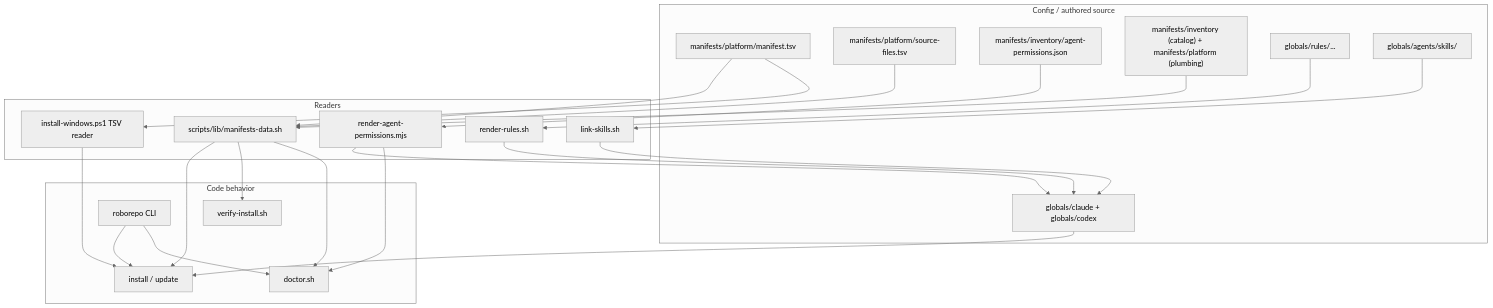
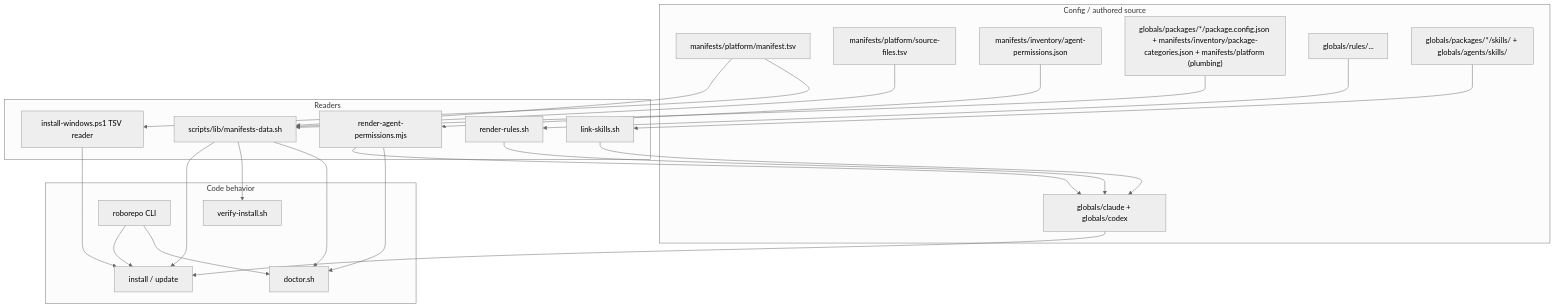
The first of 3 diagrams in docs/architecture/config-code-separation.md (kirinmurphy/harness_configs), drawn with Mermaid (neutral theme) before and after one commit. The commit also changed other lines of this file and 16 other files, not shown here.

````diff
--- a/docs/architecture/config-code-separation.md
+++ b/docs/architecture/config-code-separation.md
@@ -40,47 +40,47 @@
 ```mermaid
 flowchart TD
   subgraph data["Config / authored source"]
     manifest["manifests/platform/manifest.tsv"]
     sourceFiles["manifests/platform/source-files.tsv"]
     agentPerms["manifests/inventory/agent-permissions.json"]
-    catalogs["manifests/inventory (catalog) + manifests/platform (plumbing)"]
+    catalogs["globals/packages/*/package.config.json + manifests/inventory/package-categories.json + manifests/platform (plumbing)"]
     rules["globals/rules/..."]
-    skills["globals/agents/skills/"]
+    skills["globals/packages/*/skills/ + globals/agents/skills/"]
     baselines["globals/claude + globals/codex"]
   end
 
   subgraph readers["Readers"]
     bashReader["scripts/lib/manifests-data.sh"]
     psReader["install-windows.ps1 TSV reader"]
     permissionRenderer["render-agent-permissions.mjs"]
     rulesRenderer["render-rules.sh"]
     skillLinker["link-skills.sh"]
   end
 
   subgraph behavior["Code behavior"]
     install["install / update"]
     verify["verify-install.sh"]
     doctor["doctor.sh"]
     cli["roborepo CLI"]
   end
 
   manifest --> bashReader
   manifest --> psReader
   sourceFiles --> bashReader
   agentPerms --> permissionRenderer
   catalogs --> bashReader
   rules --> rulesRenderer
   skills --> skillLinker
   baselines --> install
 
   permissionRenderer --> baselines
   permissionRenderer --> doctor
   bashReader --> install
   bashReader --> verify
   bashReader --> doctor
   psReader --> install
   rulesRenderer --> baselines
   skillLinker --> baselines
   cli --> install
   cli --> doctor
 ```
````
